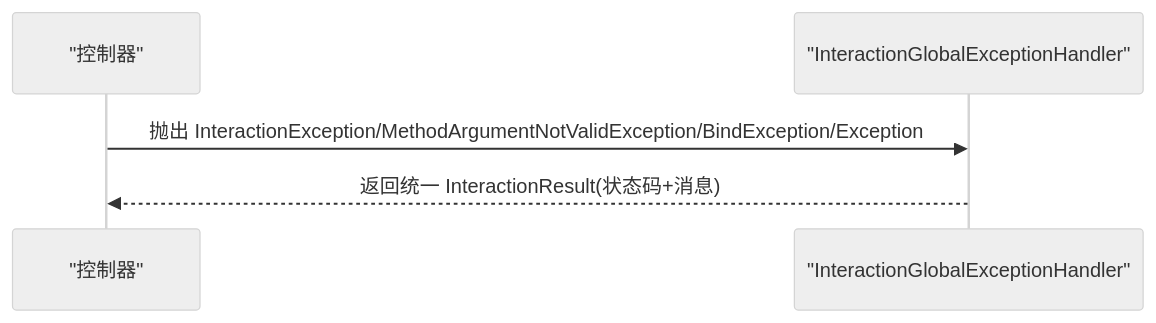
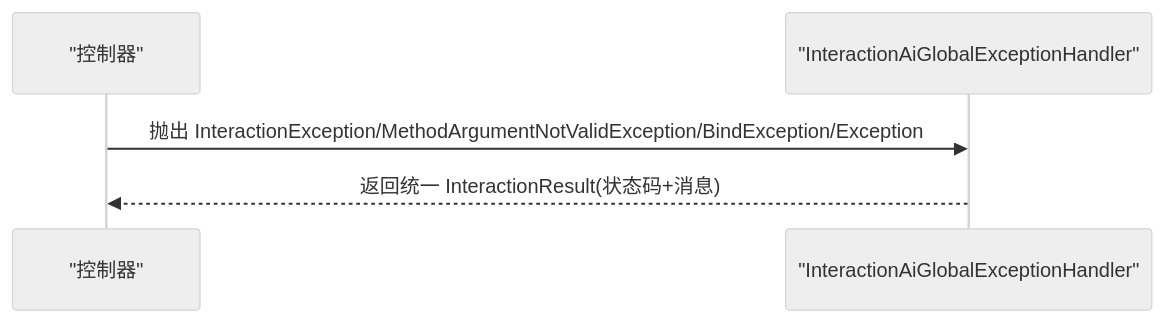
One commit to DrunkFood/First changed the sixth of 8 diagrams in .qoder/repowiki/zh/content/后端服务/交互服务 (ele-ai-tender-interaction)/自动配置框架.md. Above: the diagram before and after it, drawn with Mermaid (neutral theme). The commit also changed other lines of this file and 69 other files, not shown here.

````diff
--- a/.qoder/repowiki/zh/content/后端服务/交互服务 (ele-ai-tender-interaction)/自动配置框架.md
+++ b/.qoder/repowiki/zh/content/后端服务/交互服务 (ele-ai-tender-interaction)/自动配置框架.md
@@ -209,7 +243,7 @@
 ```mermaid
 sequenceDiagram
 participant C as "控制器"
-participant H as "InteractionGlobalExceptionHandler"
+participant H as "InteractionAiGlobalExceptionHandler"
 C->>H : 抛出 InteractionException/MethodArgumentNotValidException/BindException/Exception
 H-->>C : 返回统一 InteractionResult(状态码+消息)
 ```
````
